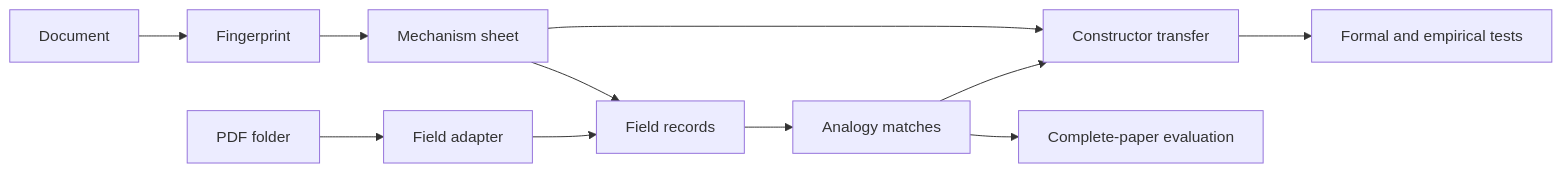
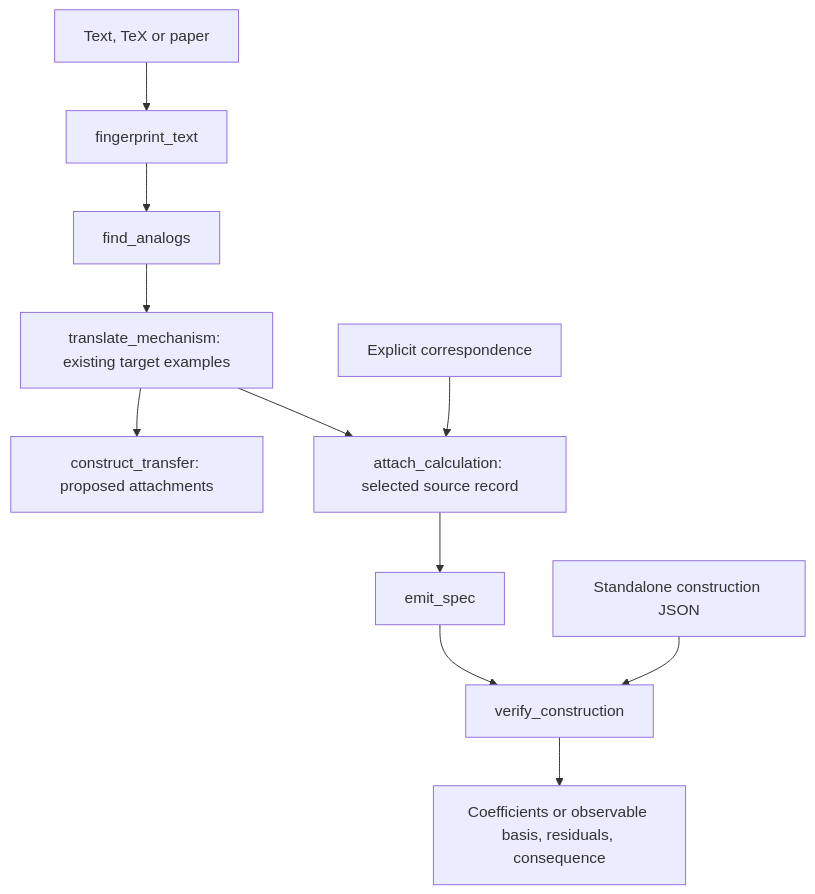
Before and after one commit to synthetix-institute/fieldbridge: the diagram in docs/tutorial/00_system_map.md, drawn with Mermaid. The commit also changed other lines of this file and 40 other files, not shown here.

````diff
--- a/docs/tutorial/00_system_map.md
+++ b/docs/tutorial/00_system_map.md
@@ -7,13 +16,13 @@
 ```mermaid
-flowchart LR
-    A["Document"] --> B["Fingerprint"]
-    B --> C["Mechanism sheet"]
-    C --> D["Field records"]
-    D --> E["Analogy matches"]
-    C --> F["Constructor transfer"]
-    E --> F
-    G["PDF folder"] --> H["Field adapter"]
-    H --> D
-    E --> I["Complete-paper evaluation"]
-    F --> J["Formal and empirical tests"]
+flowchart TD
+    Q["Text, TeX or paper"] --> F["fingerprint_text"]
+    F --> R["find_analogs"]
+    R --> T["translate_mechanism: existing target examples"]
+    T --> P["construct_transfer: proposed attachments"]
+    T --> A["attach_calculation: selected source record"]
+    M["Explicit correspondence"] --> A
+    A --> S["emit_spec"]
+    S --> V["verify_construction"]
+    I["Standalone construction JSON"] --> V
+    V --> O["Coefficients or observable basis, residuals, consequence"]
 ```
````
